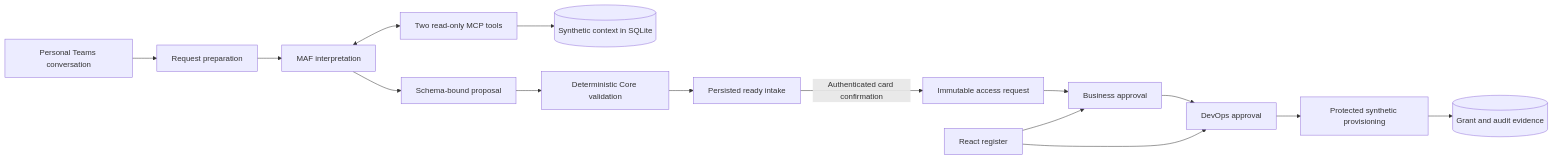
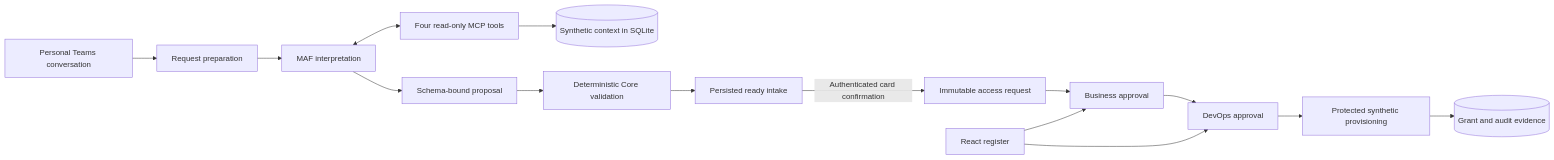
One commit to mariusz-kacz/production-access-request-assistant changed the diagram in README.md. Above: the diagram before and after it, drawn with Mermaid. The commit also changed other lines of this file and 45 other files, not shown here.

````diff
--- a/README.md
+++ b/README.md
@@ -98,17 +99,17 @@
 ```mermaid
 flowchart LR
     Teams[Personal Teams conversation] --> Draft[Request preparation]
     Draft --> AI[MAF interpretation]
-    AI <--> MCP[Two read-only MCP tools]
+    AI <--> MCP[Four read-only MCP tools]
     MCP --> Context[(Synthetic context in SQLite)]
     AI --> Proposal[Schema-bound proposal]
     Proposal --> Validation[Deterministic Core validation]
     Validation --> Ready[Persisted ready intake]
     Ready -->|Authenticated card confirmation| Request[Immutable access request]
     Request --> Business[Business approval]
     Business --> DevOps[DevOps approval]
     DevOps --> Provisioning[Protected synthetic provisioning]
     Provisioning --> Evidence[(Grant and audit evidence)]
     Web[React register] --> Business
     Web --> DevOps
 ```
````
